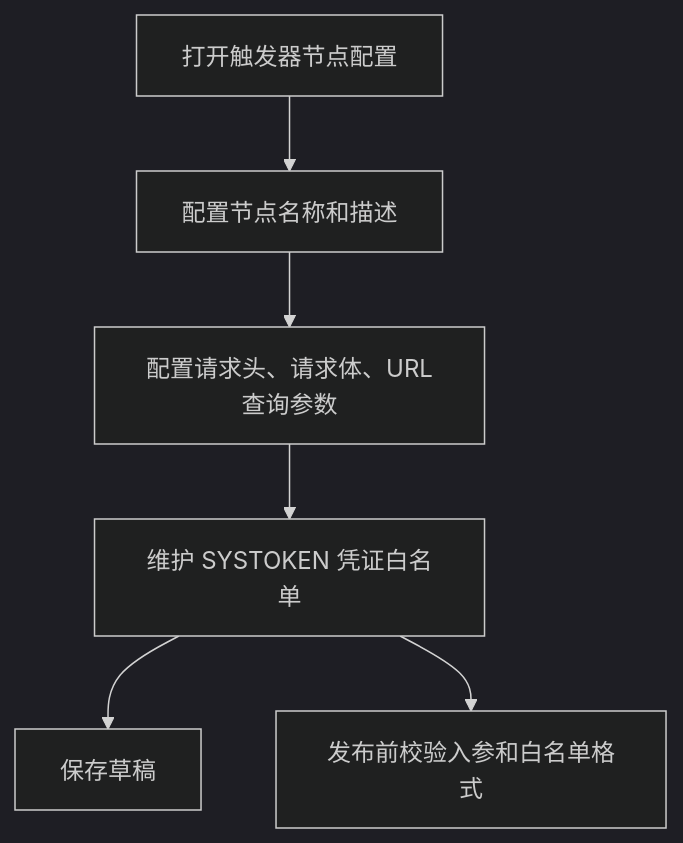
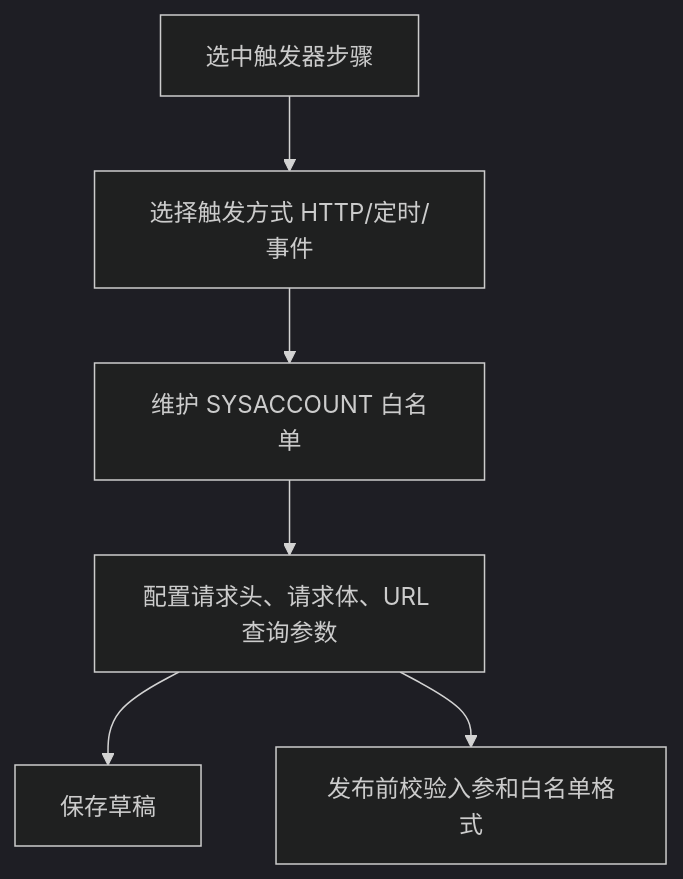
Before and after one commit to THZSummer/open-app: the sixth of 17 diagrams in front/doc/2026年6月文档/连接流配置需求设计说明书.md, drawn with Mermaid (dark theme). The commit also changed other lines of this file and 2 other files, not shown here.

````diff
--- a/front/doc/2026年6月文档/连接流配置需求设计说明书.md
+++ b/front/doc/2026年6月文档/连接流配置需求设计说明书.md
@@ -307,8 +351,8 @@
 ```mermaid
 flowchart TD
-  OpenTrigger[打开触发器节点配置] --> EditBase[配置节点名称和描述]
-  EditBase --> EditInput[配置请求头、请求体、URL查询参数]
-  EditInput --> EditToken[维护 SYSTOKEN 凭证白名单]
-  EditToken --> SaveDraft[保存草稿]
-  EditToken --> PublishValidate[发布前校验入参和白名单格式]
+  OpenTrigger[选中触发器步骤] --> EditTriggerType[选择触发方式 HTTP/定时/事件]
+  EditTriggerType --> EditWhitelist[维护 SYSACCOUNT 白名单]
+  EditWhitelist --> EditInput[配置请求头、请求体、URL 查询参数]
+  EditInput --> SaveDraft[保存草稿]
+  EditInput --> PublishValidate[发布前校验入参和白名单格式]
 ```
````
